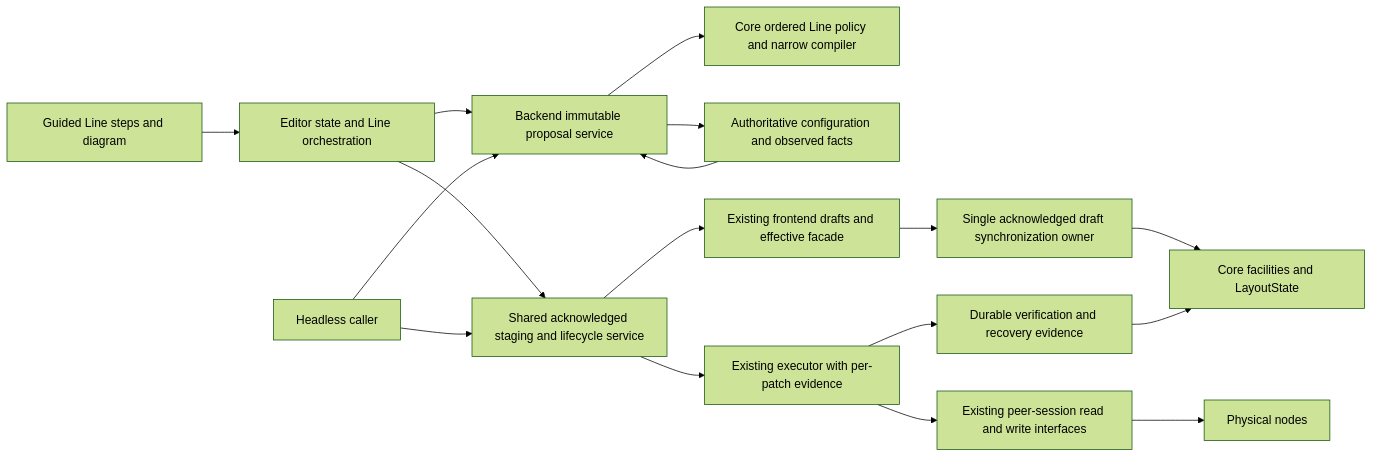
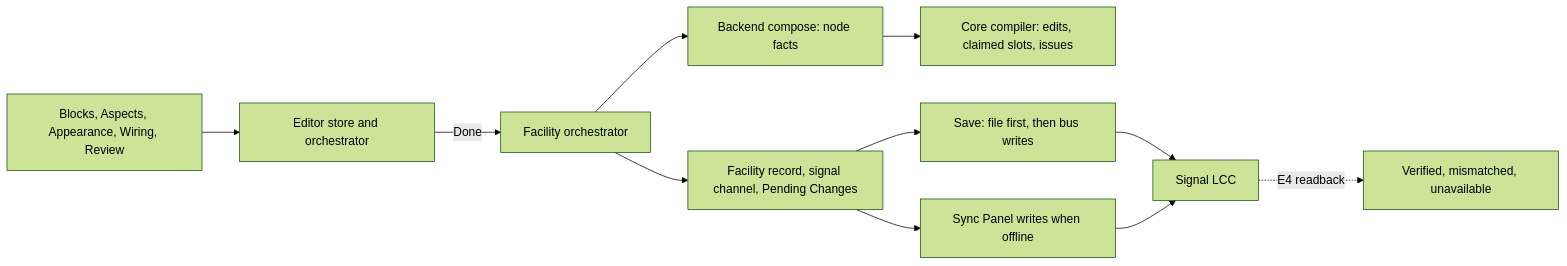
Before and after one commit to JohnSL/Bowties: the second of 2 diagrams in specs/020-block-signals-first-slice/slices.md, drawn with Mermaid (forest theme). The commit also changed other lines of this file and 7 other files, not shown here.

First line of the commit message:
Design and roadmap for end-to-end Automatic Block Signals

````diff
--- a/specs/020-block-signals-first-slice/slices.md
+++ b/specs/020-block-signals-first-slice/slices.md
@@ -65,19 +59,13 @@
 ```mermaid
 flowchart LR
-    UI[Guided Line steps and diagram] --> Editor[Editor state and Line orchestration]
-    Editor --> Proposal[Backend immutable proposal service]
-    Headless[Headless caller] --> Proposal
-    Proposal --> Core[Core ordered Line policy and narrow compiler]
-    Proposal --> Facts[Authoritative configuration and observed facts]
-    Editor --> Lifecycle[Shared acknowledged staging and lifecycle service]
-    Headless --> Lifecycle
-    Lifecycle --> Drafts[Existing frontend drafts and effective facade]
-    Drafts --> Sync[Single acknowledged draft synchronization owner]
-    Sync --> Layout[Core facilities and LayoutState]
-    Lifecycle --> Executor[Existing executor with per-patch evidence]
-    Executor --> Peer[Existing peer-session read and write interfaces]
-    Peer --> Nodes[Physical nodes]
-    Executor --> Recovery[Durable verification and recovery evidence]
-    Recovery --> Layout
-    Facts --> Proposal
+    Steps[Blocks, Aspects, Appearance, Wiring, Review] --> Editor[Editor store and orchestrator]
+    Editor -->|Done| FOrch[Facility orchestrator]
+    FOrch --> Compose[Backend compose: node facts]
+    Compose --> Compiler[Core compiler: edits, claimed slots, issues]
+    FOrch --> Drafts[Facility record, signal channel, Pending Changes]
+    Drafts --> Save[Save: file first, then bus writes]
+    Drafts --> Sync[Sync Panel writes when offline]
+    Save --> Nodes[Signal LCC]
+    Sync --> Nodes
+    Nodes -.->|E4 readback| Status[Verified, mismatched, unavailable]
 ```
````
